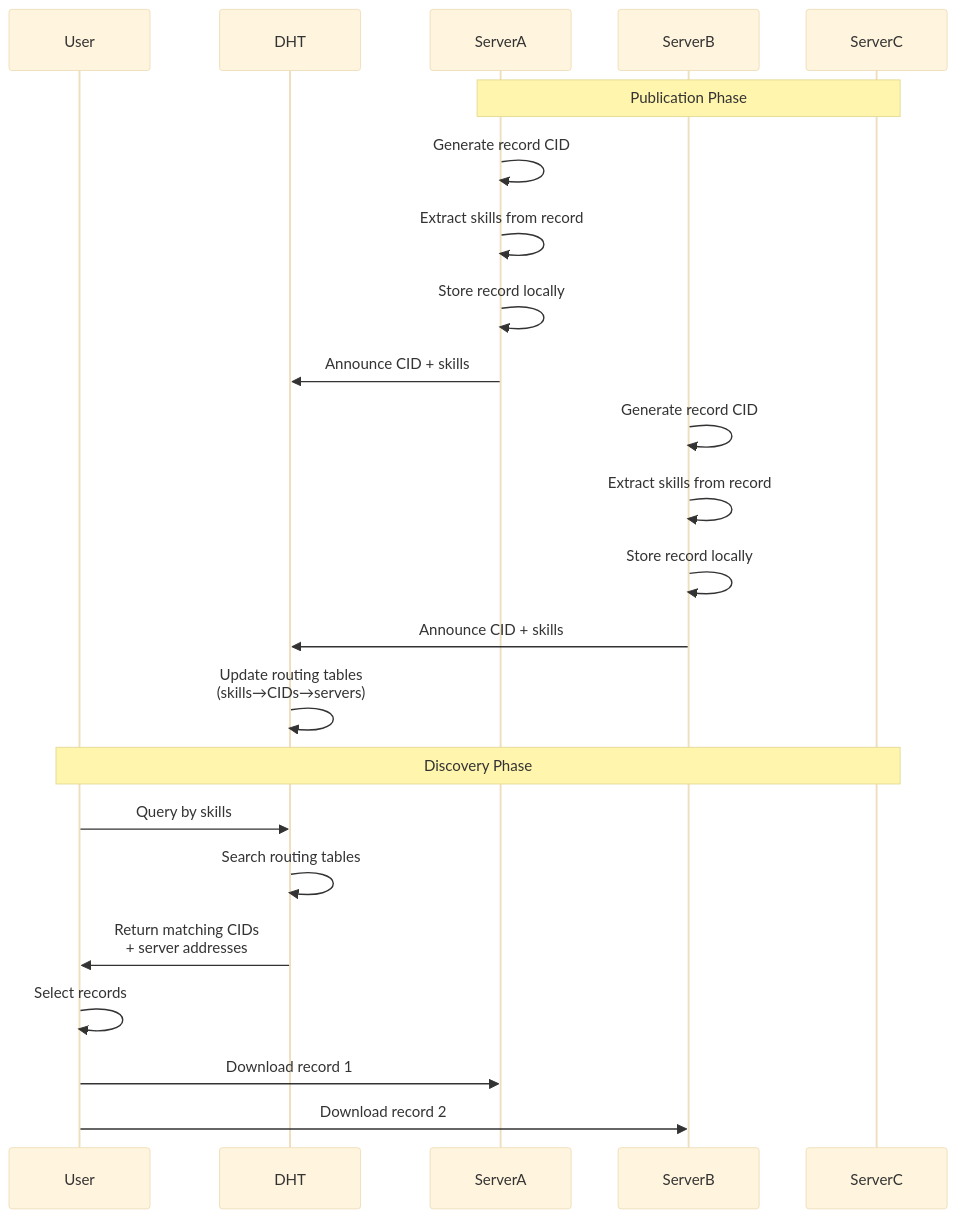
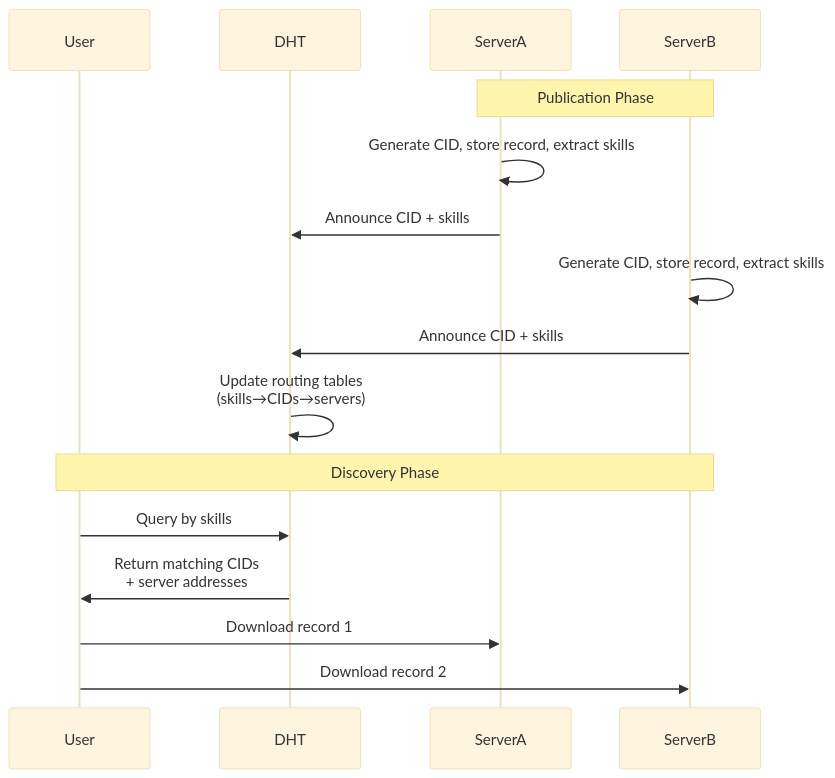
The diagram in docs/content/dir/dir-overview.md (agntcy/dir), drawn with Mermaid (base theme) before and after one commit. The commit also changed other lines of this file, not shown here.

Commit message:
refactor(docs/overview): simplify diagram

````diff
--- a/docs/content/dir/dir-overview.md
+++ b/docs/content/dir/dir-overview.md
@@ -114,27 +114,20 @@
 ```mermaid
 sequenceDiagram
     participant User
     participant DHT
     participant ServerA
     participant ServerB
-    participant ServerC
 
-    Note over ServerA,ServerC: Publication Phase
-    ServerA->>ServerA: Generate record CID
-    ServerA->>ServerA: Extract skills from record
-    ServerA->>ServerA: Store record locally
+    Note over ServerA,ServerB: Publication Phase
+    ServerA->>ServerA: Generate CID, store record, extract skills
     ServerA->>DHT: Announce CID + skills
-    ServerB->>ServerB: Generate record CID
-    ServerB->>ServerB: Extract skills from record
-    ServerB->>ServerB: Store record locally
+    ServerB->>ServerB: Generate CID, store record, extract skills
     ServerB->>DHT: Announce CID + skills
     DHT->>DHT: Update routing tables<br/>(skills→CIDs→servers)
 
-    Note over User,ServerC: Discovery Phase
+    Note over User,ServerB: Discovery Phase
     User->>DHT: Query by skills
-    DHT->>DHT: Search routing tables
     DHT->>User: Return matching CIDs<br/>+ server addresses
-    User->>User: Select records
     User->>ServerA: Download record 1
     User->>ServerB: Download record 2
 ```
````
